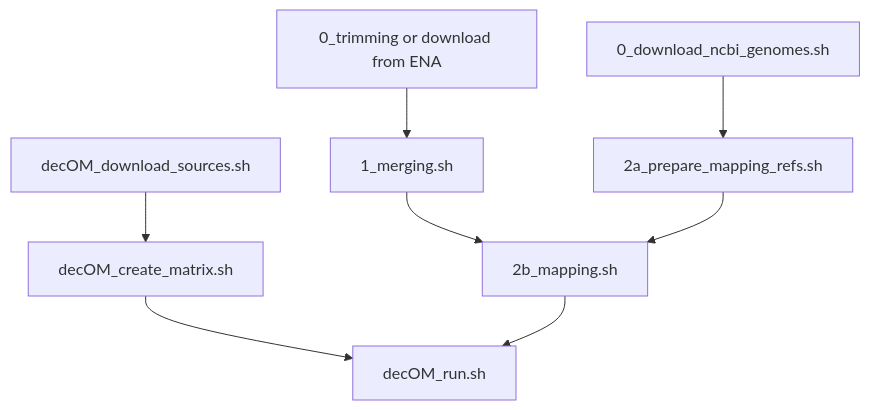
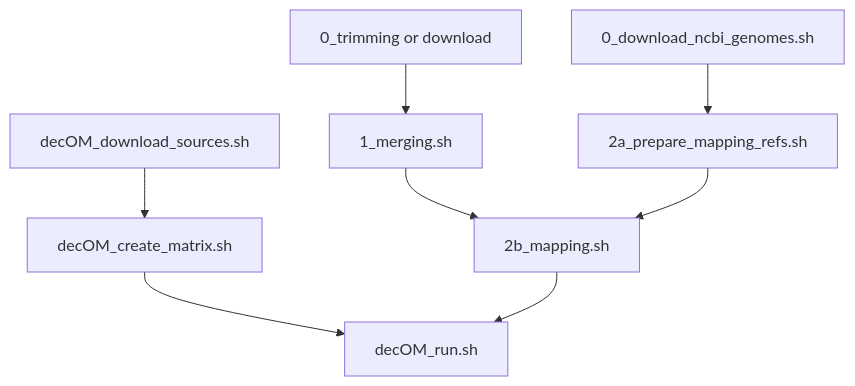
The second of 2 diagrams in seq_preprocessing/README.md (markella-moraitou/mammal_dentalcalculus_methods), drawn with Mermaid before and after one commit. The commit also changed other lines of this file, not shown here.

````diff
--- a/seq_preprocessing/README.md
+++ b/seq_preprocessing/README.md
@@ -10,10 +10,10 @@
 ```mermaid
 graph TB;
-    A[0_trimming or download from ENA]-->B[1_merging.sh]
+    A[0_trimming or download]-->B[1_merging.sh]
     B-->C[2b_mapping.sh];
     D[0_download_ncbi_genomes.sh]-->E[2a_prepare_mapping_refs.sh];
     E-->C;
     F[decOM_download_sources.sh]-->G[decOM_create_matrix.sh];
     G-->H[decOM_run.sh];
     C-->H;
 ```
````
